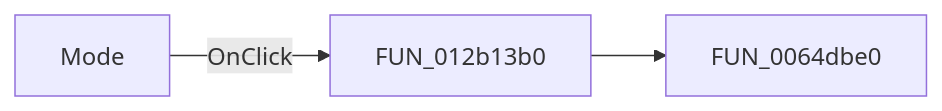
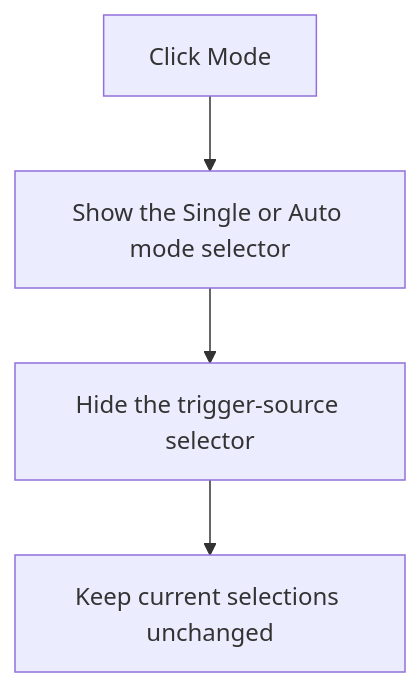
The diagram in docs/ui-controls/scopewin/triggermodebtn-cf39b479ac.md (MovGP0/TIARA), drawn with Mermaid before and after one commit. The commit also changed other lines of this file and 1062 other files, not shown here.

````diff
--- a/docs/ui-controls/scopewin/triggermodebtn-cf39b479ac.md
+++ b/docs/ui-controls/scopewin/triggermodebtn-cf39b479ac.md
@@ -27,5 +29,6 @@
 ```mermaid
-flowchart LR
-    control["Mode"] -->|OnClick| handler["FUN_012b13b0"]
-    handler --> call1["FUN_0064dbe0"]
+flowchart TD
+    control["Click Mode"] --> show["Show the Single or Auto mode selector"]
+    show --> hide["Hide the trigger-source selector"]
+    hide --> finish["Keep current selections unchanged"]
 ```
````
